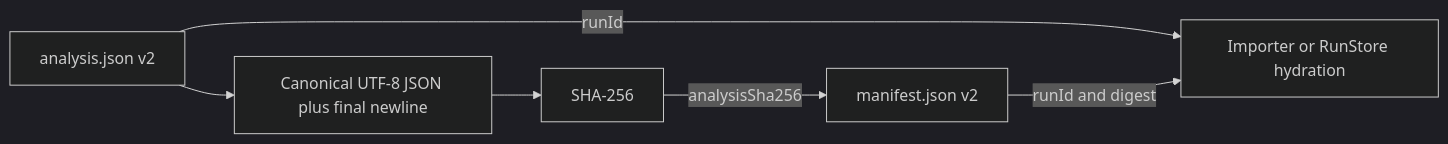
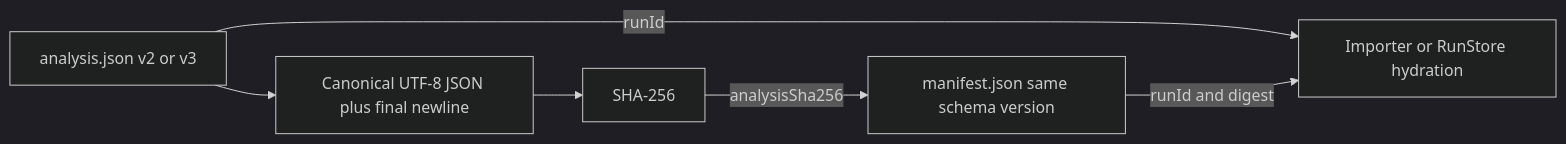
The fourth of 8 diagrams in docs/ARCHITECTURE.md (jchu96/frame-of-mind), drawn with Mermaid (dark theme) before and after one commit. The commit also changed other lines of this file and 21 other files, not shown here.

````diff
--- a/docs/ARCHITECTURE.md
+++ b/docs/ARCHITECTURE.md
@@ -416,13 +420,13 @@
 ```mermaid
 flowchart LR
-    A[analysis.json v2]
+    A[analysis.json v2 or v3]
     Canon[Canonical UTF-8 JSON plus final newline]
     Hash[SHA-256]
-    M[manifest.json v2]
+    M[manifest.json same schema version]
     Import[Importer or RunStore hydration]
 
     A --> Canon --> Hash
     Hash -->|analysisSha256| M
     A -->|runId| Import
     M -->|runId and digest| Import
 ```
````
